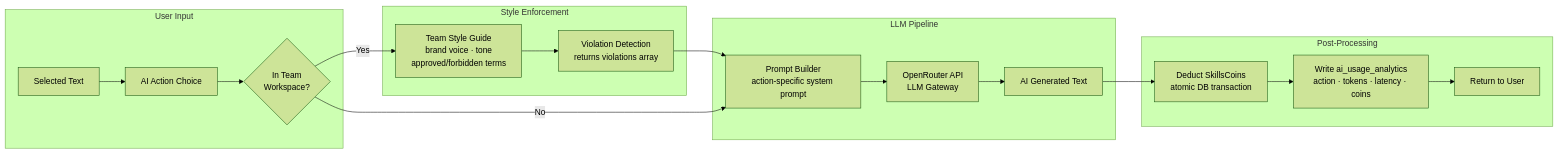
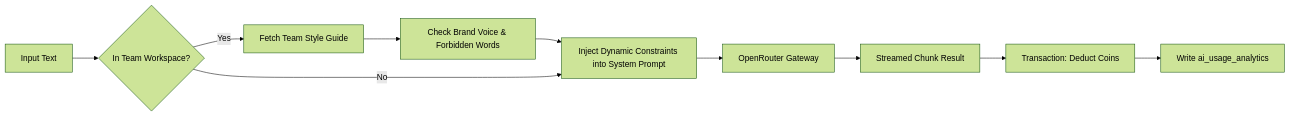
The second of 2 diagrams in README.md (shiteshkhaw/WordSage), drawn with Mermaid (forest theme) before and after one commit. The commit also changed other lines of this file, not shown here.

````diff
--- a/README.md
+++ b/README.md
@@ -141,37 +122,12 @@
 ```mermaid
 flowchart LR
-    subgraph "User Input"
-        TEXT[Selected Text]
-        ACTION[AI Action Choice]
-        TEAM{In Team<br/>Workspace?}
-    end
-
-    subgraph "Style Enforcement"
-        STYLE[Team Style Guide\nbrand voice · tone\napproved/forbidden terms]
-        VIOLATIONS[Violation Detection\nreturns violations array]
-    end
-
-    subgraph "LLM Pipeline"
-        PROMPT[Prompt Builder\naction-specific system prompt]
-        OPENROUTER[OpenRouter API\nLLM Gateway]
-        RESULT[AI Generated Text]
-    end
-
-    subgraph "Post-Processing"
-        COIN[Deduct SkillsCoins\natomic DB transaction]
-        LOG[Write ai_usage_analytics\naction · tokens · latency · coins]
-        OUT[Return to User]
-    end
-
-    TEXT --> ACTION
-    ACTION --> TEAM
-    TEAM -->|Yes| STYLE
-    STYLE --> VIOLATIONS
-    VIOLATIONS --> PROMPT
-    TEAM -->|No| PROMPT
-    PROMPT --> OPENROUTER
-    OPENROUTER --> RESULT
-    RESULT --> COIN
-    COIN --> LOG
-    LOG --> OUT
+    TEXT[Input Text] --> TEAM{In Team Workspace?}
+    TEAM -->|Yes| FetchStyle[Fetch Team Style Guide]
+    FetchStyle --> Check[Check Brand Voice & Forbidden Words]
+    Check --> Prompt[Inject Dynamic Constraints into System Prompt]
+    TEAM -->|No| Prompt
+    Prompt --> OpenRouter[OpenRouter Gateway]
+    OpenRouter --> Result[Streamed Chunk Result]
+    Result --> Deduct[Transaction: Deduct Coins]
+    Deduct --> Log[Write ai_usage_analytics]
 ```
````
